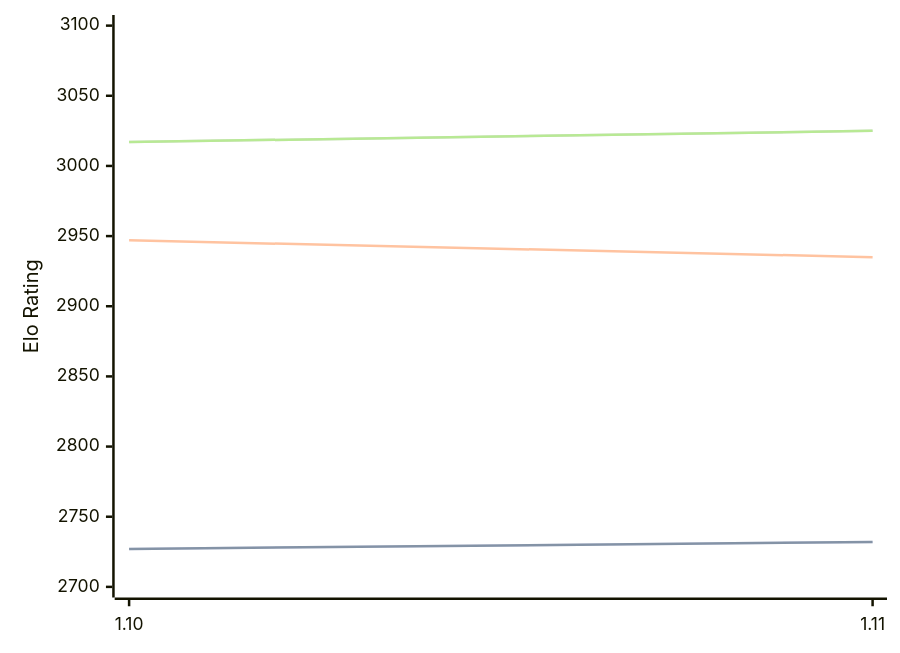
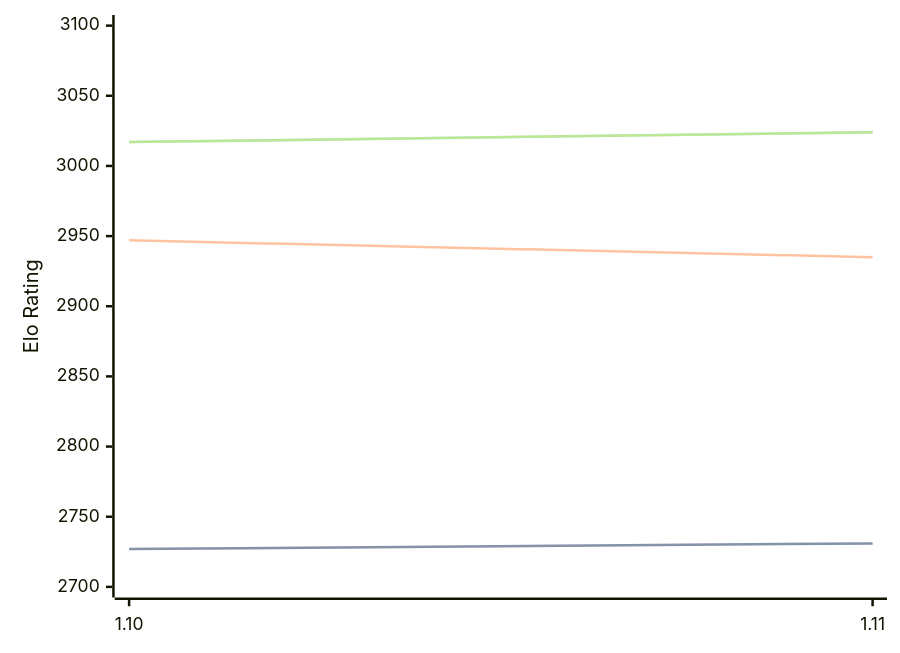
Before and after one commit to computer-chess-index/cci: the diagram in engines/Roc.md, drawn with Mermaid. The commit also changed other lines of this file, not shown here.

Commit message:
Update CCI Ratings (ELO VLTC) - 2026-08-04

````diff
--- a/engines/Roc.md
+++ b/engines/Roc.md
@@ -65,11 +65,11 @@
 ```mermaid
 %%{init: {"theme":"base","themeVariables":{"seriesColors:['#a3a3a3','#222221','#faa371']}}}%%
 xychart-beta
   x-axis ["1.10", "1.11"]
   y-axis "Elo Rating" 2700 --> 3100
-  line "STC (8.0+0.08s)" [2727, 2732]
-  line "STC (8.0+0.08s)" [2727, 2732]
+  line "STC (8.0+0.08s)" [2727, 2731]
+  line "STC (8.0+0.08s)" [2727, 2731]
   line "LTC (60.0+0.60s)" [2947, 2935]
-  line "VLTC (2m24s+1.12s)" [3017, 3025]
-  line "VLTC (2m24s+1.12s)" [3017, 3025]
+  line "VLTC (2m24s+1.12s)" [3017, 3024]
+  line "VLTC (2m24s+1.12s)" [3017, 3024]
 ```
````
